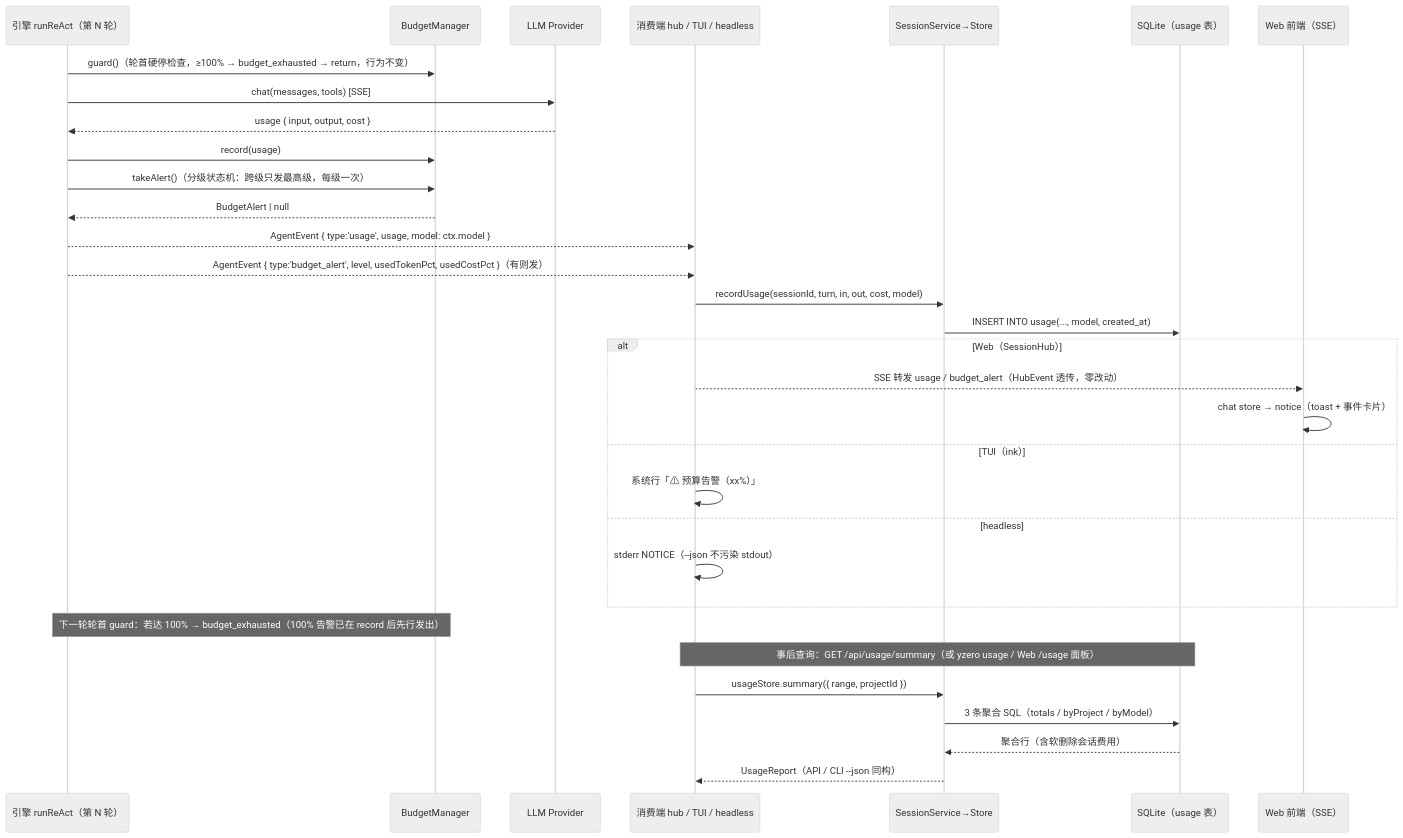
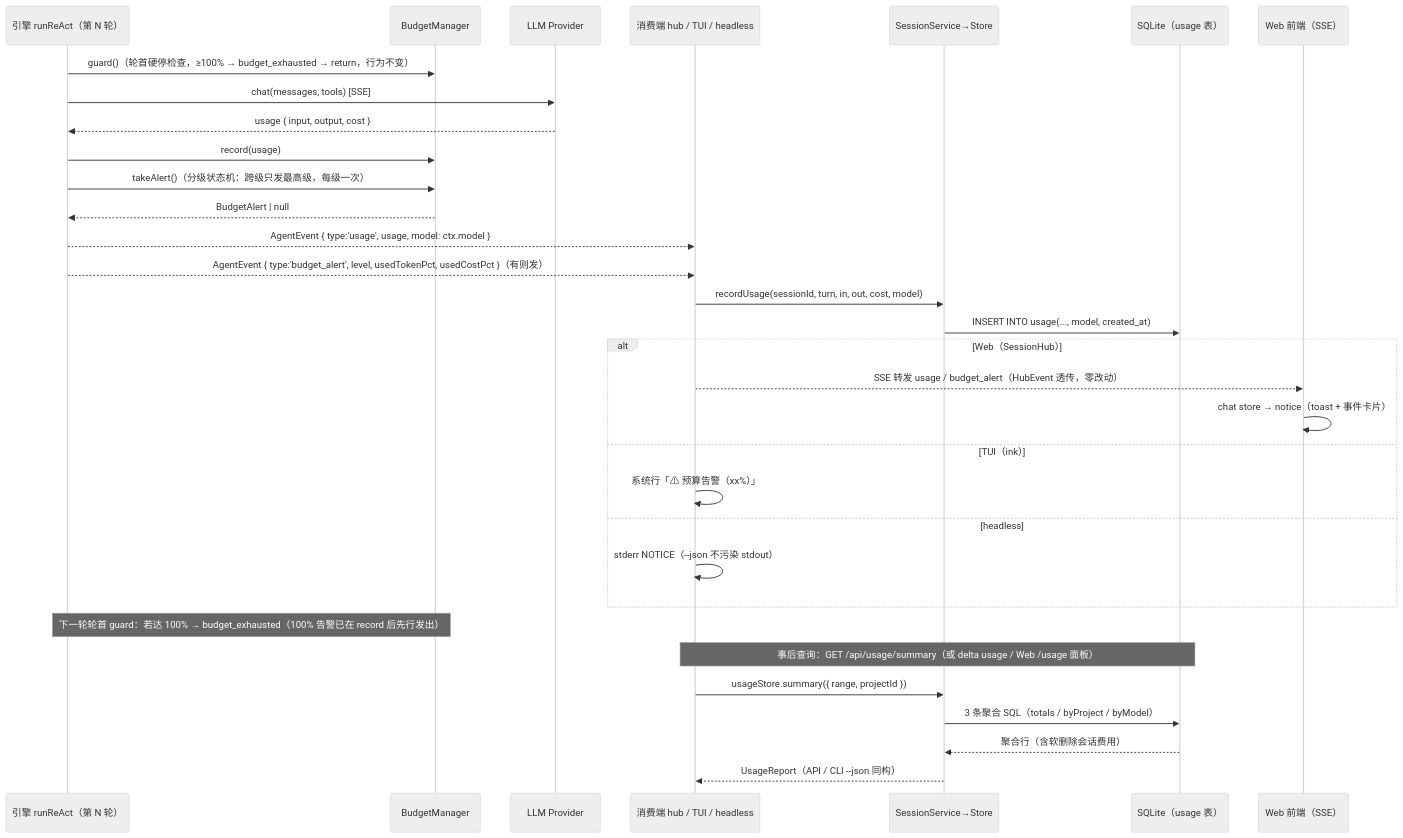
One commit to lwly/delta-agent changed the diagram in docs/sequence-diagram-f31.mermaid. Above: the diagram before and after it, drawn with Mermaid (neutral theme). The commit also changed 175 other files, not shown here.

```diff
--- a/docs/sequence-diagram-f31.mermaid
+++ b/docs/sequence-diagram-f31.mermaid
@@ -1,37 +1,37 @@
 sequenceDiagram
     participant E as 引擎 runReAct（第 N 轮）
     participant B as BudgetManager
     participant L as LLM Provider
     participant C as 消费端 hub / TUI / headless
     participant S as SessionService→Store
     participant DB as SQLite（usage 表）
     participant W as Web 前端（SSE）
 
     E->>B: guard()（轮首硬停检查，≥100% → budget_exhausted → return，行为不变）
     E->>L: chat(messages, tools) [SSE]
     L-->>E: usage { input, output, cost }
     E->>B: record(usage)
     E->>B: takeAlert()（分级状态机：跨级只发最高级，每级一次）
     B-->>E: BudgetAlert | null
     E-->>C: AgentEvent { type:'usage', usage, model: ctx.model }
     E-->>C: AgentEvent { type:'budget_alert', level, usedTokenPct, usedCostPct }（有则发）
 
     C->>S: recordUsage(sessionId, turn, in, out, cost, model)
     S->>DB: INSERT INTO usage(..., model, created_at)
 
     alt Web（SessionHub）
         C-->>W: SSE 转发 usage / budget_alert（HubEvent 透传，零改动）
         W->>W: chat store → notice（toast + 事件卡片）
     else TUI（ink）
         C->>C: 系统行「⚠ 预算告警（xx%）」
     else headless
         C->>C: stderr NOTICE（--json 不污染 stdout）
     end
 
     Note over E,B: 下一轮轮首 guard：若达 100% → budget_exhausted（100% 告警已在 record 后先行发出）
 
-    Note over C,DB: 事后查询：GET /api/usage/summary（或 yzero usage / Web /usage 面板）
+    Note over C,DB: 事后查询：GET /api/usage/summary（或 delta usage / Web /usage 面板）
     C->>S: usageStore.summary({ range, projectId })
     S->>DB: 3 条聚合 SQL（totals / byProject / byModel）
     DB-->>S: 聚合行（含软删除会话费用）
     S-->>C: UsageReport（API / CLI --json 同构）
```
